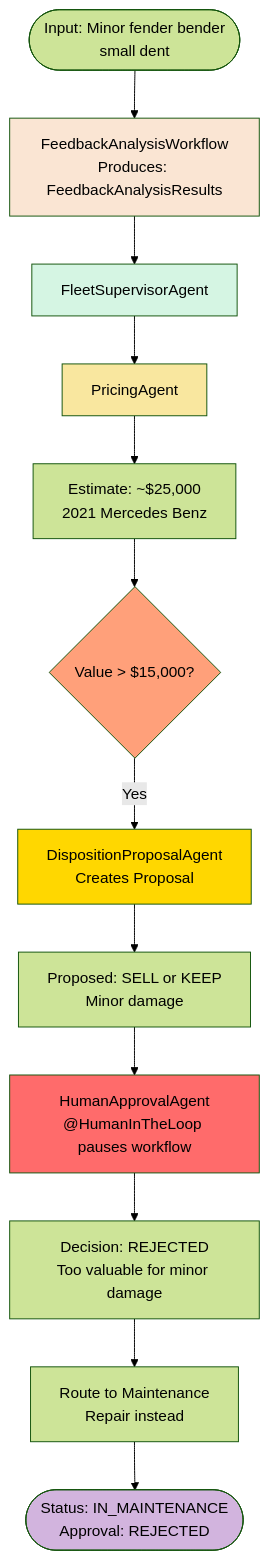
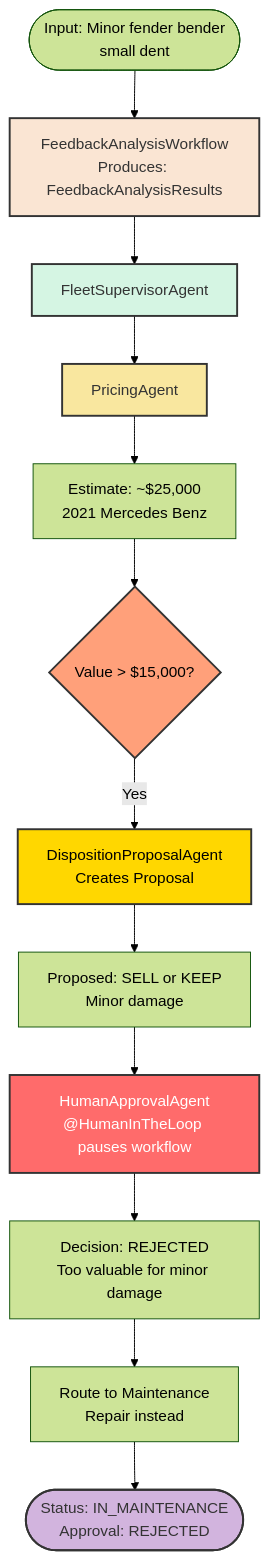
One commit to quarkusio/quarkus-workshop-langchain4j changed the fourth of 6 diagrams in docs/docs/section-2/step-05.md. Above: the diagram before and after it, drawn with Mermaid (forest theme). The commit also changed other lines of this file and 6 other files, not shown here.

Commit message:
update docs for better flow, and fix diagrams (#301)

````diff
--- a/docs/docs/section-2/step-05.md
+++ b/docs/docs/section-2/step-05.md
@@ -409,28 +353,28 @@
 ```mermaid
 flowchart TD
-    Start([Input: Minor fender bender<br/>small dent])
+    Start(["Input: Minor fender bender<br/>small dent"])
 
-    Start --> FW[FeedbackAnalysisWorkflow<br/>Produces: FeedbackAnalysisResults]
+    Start --> FW["FeedbackAnalysisWorkflow<br/>Produces: FeedbackAnalysisResults"]
 
-    FW --> FSA[FleetSupervisorAgent]
-    FSA --> PA[PricingAgent]
-    PA --> Value[Estimate: ~$25,000<br/>2021 Mercedes Benz]
+    FW --> FSA["FleetSupervisorAgent"]
+    FSA --> PA["PricingAgent"]
+    PA --> Value["Estimate: ~$25,000<br/>2021 Mercedes Benz"]
 
-    Value --> Check{Value > $15,000?}
-    Check -->|Yes| Proposal[DispositionProposalAgent<br/>Creates Proposal]
-    Proposal --> PropResult[Proposed: SELL or KEEP<br/>Minor damage]
+    Value --> Check{"Value > $15,000?"}
+    Check -->|Yes| Proposal["DispositionProposalAgent<br/>Creates Proposal"]
+    Proposal --> PropResult["Proposed: SELL or KEEP<br/>Minor damage"]
 
     PropResult --> Human["HumanApprovalAgent<br/>@HumanInTheLoop pauses workflow"]
-    Human --> Decision[Decision: REJECTED<br/>Too valuable for minor damage]
+    Human --> Decision["Decision: REJECTED<br/>Too valuable for minor damage"]
 
-    Decision --> Fallback[Route to Maintenance<br/>Repair instead]
-    Fallback --> Result([Status: IN_MAINTENANCE<br/>Approval: REJECTED])
+    Decision --> Fallback["Route to Maintenance<br/>Repair instead"]
+    Fallback --> Result(["Status: IN_MAINTENANCE<br/>Approval: REJECTED"])
 
-    style FW fill:#FAE5D3
-    style FSA fill:#D5F5E3
-    style PA fill:#F9E79F
-    style Proposal fill:#FFD700
-    style Human fill:#FF6B6B
-    style Check fill:#FFA07A
-    style Result fill:#D2B4DE
+    style FW fill:#FAE5D3,stroke:#333,stroke-width:2,color:#333
+    style FSA fill:#D5F5E3,stroke:#333,stroke-width:2,color:#333
+    style PA fill:#F9E79F,stroke:#333,stroke-width:2,color:#333
+    style Proposal fill:#FFD700,stroke:#333,stroke-width:2,color:#000
+    style Human fill:#FF6B6B,stroke:#333,stroke-width:2,color:#fff
+    style Check fill:#FFA07A,stroke:#333,stroke-width:2,color:#000
+    style Result fill:#D2B4DE,stroke:#333,stroke-width:2,color:#333
 ```
````
